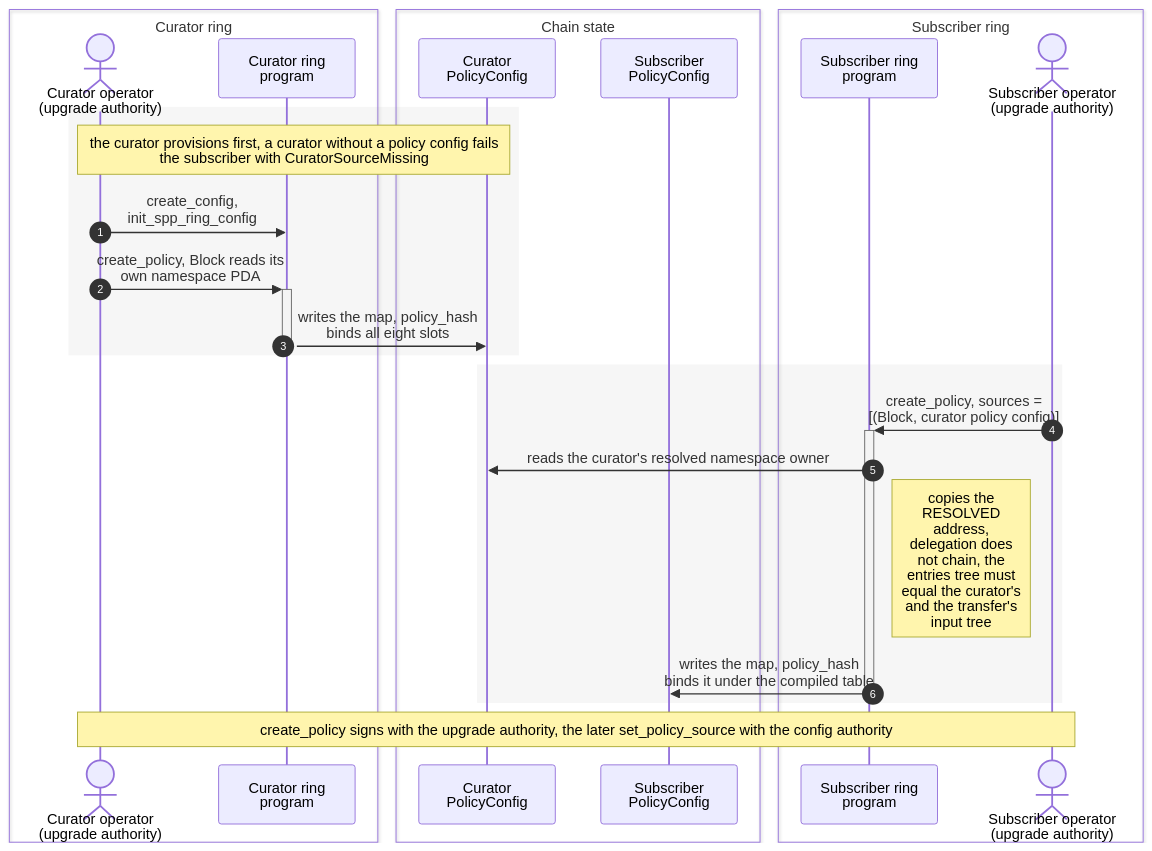
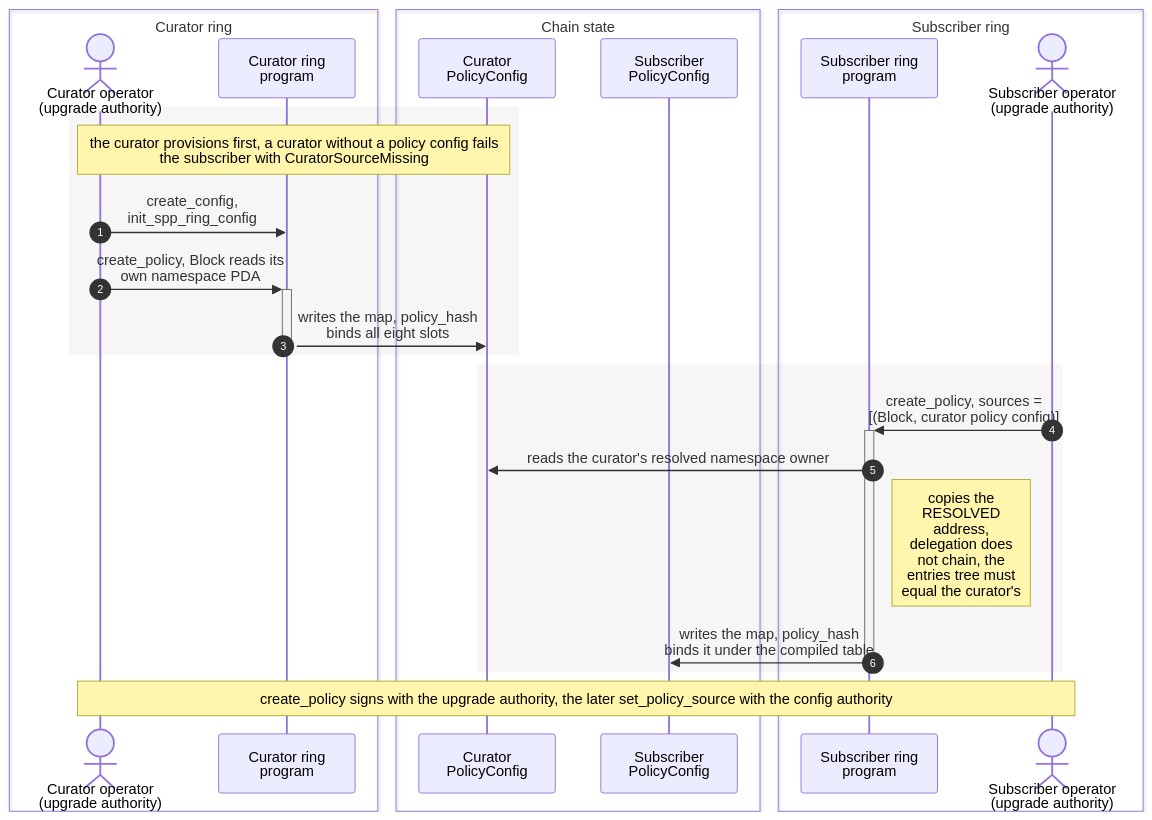
Before and after one commit to helius-labs/zolana: the diagram in docs/diagrams/ring-policy-ofac-setup.mmd, drawn with Mermaid. The commit also changed 13 other files, not shown here.

First line of the commit message:
custom-ring: decouple ring transfer trees from the entries tree

```diff
--- a/docs/diagrams/ring-policy-ofac-setup.mmd
+++ b/docs/diagrams/ring-policy-ofac-setup.mmd
@@ -1,31 +1,31 @@
 %%{init: {'sequence': {'wrap': true}}}%%
 sequenceDiagram
     autonumber
     box Curator ring
     actor CurOp as Curator operator<br/>(upgrade authority)
     participant CurRing as Curator ring program
     end
     box Chain state
     participant CurPC as Curator PolicyConfig
     participant SubPC as Subscriber PolicyConfig
     end
     box Subscriber ring
     participant SubRing as Subscriber ring program
     actor SubOp as Subscriber operator<br/>(upgrade authority)
     end
 
     rect rgba(128, 128, 128, 0.07)
     Note over CurOp, CurPC: the curator provisions first, a curator without a policy config fails the subscriber with CuratorSourceMissing
     CurOp->>CurRing: create_config, init_spp_ring_config
     CurOp->>+CurRing: create_policy, Block reads its own namespace PDA
     CurRing->>-CurPC: writes the map, policy_hash binds all eight slots
     end
 
     rect rgba(128, 128, 128, 0.07)
     SubOp->>+SubRing: create_policy, sources = [(Block, curator policy config)]
     SubRing->>CurPC: reads the curator's resolved namespace owner
-    Note right of SubRing: copies the RESOLVED address, delegation does not chain, the entries tree must equal the curator's and the transfer's input tree
+    Note right of SubRing: copies the RESOLVED address, delegation does not chain, the entries tree must equal the curator's
     SubRing->>-SubPC: writes the map, policy_hash binds it under the compiled table
     end
 
     Note over CurOp, SubOp: create_policy signs with the upgrade authority, the later set_policy_source with the config authority
```
